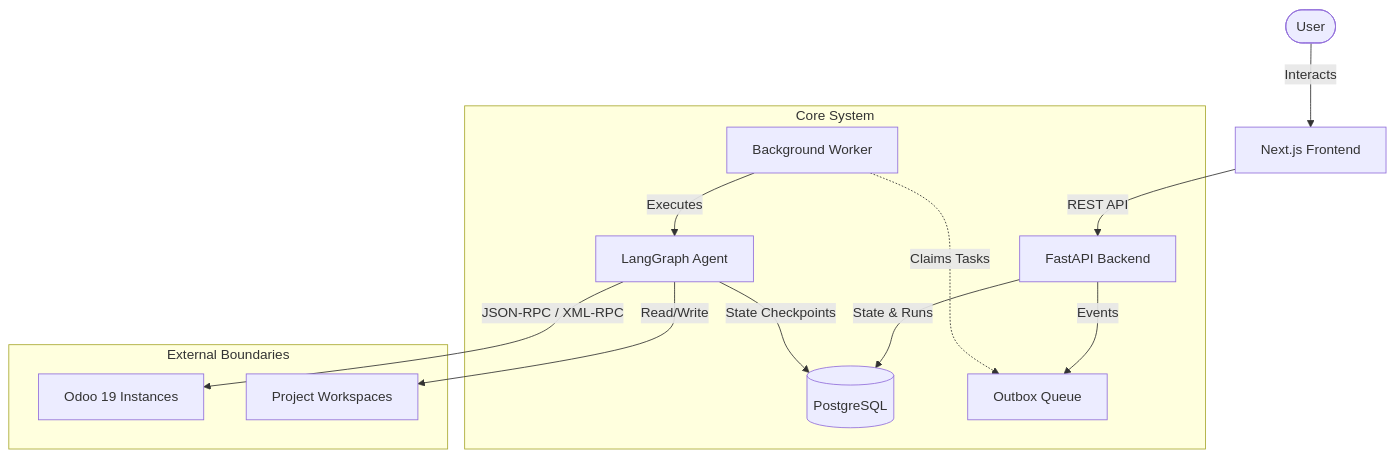
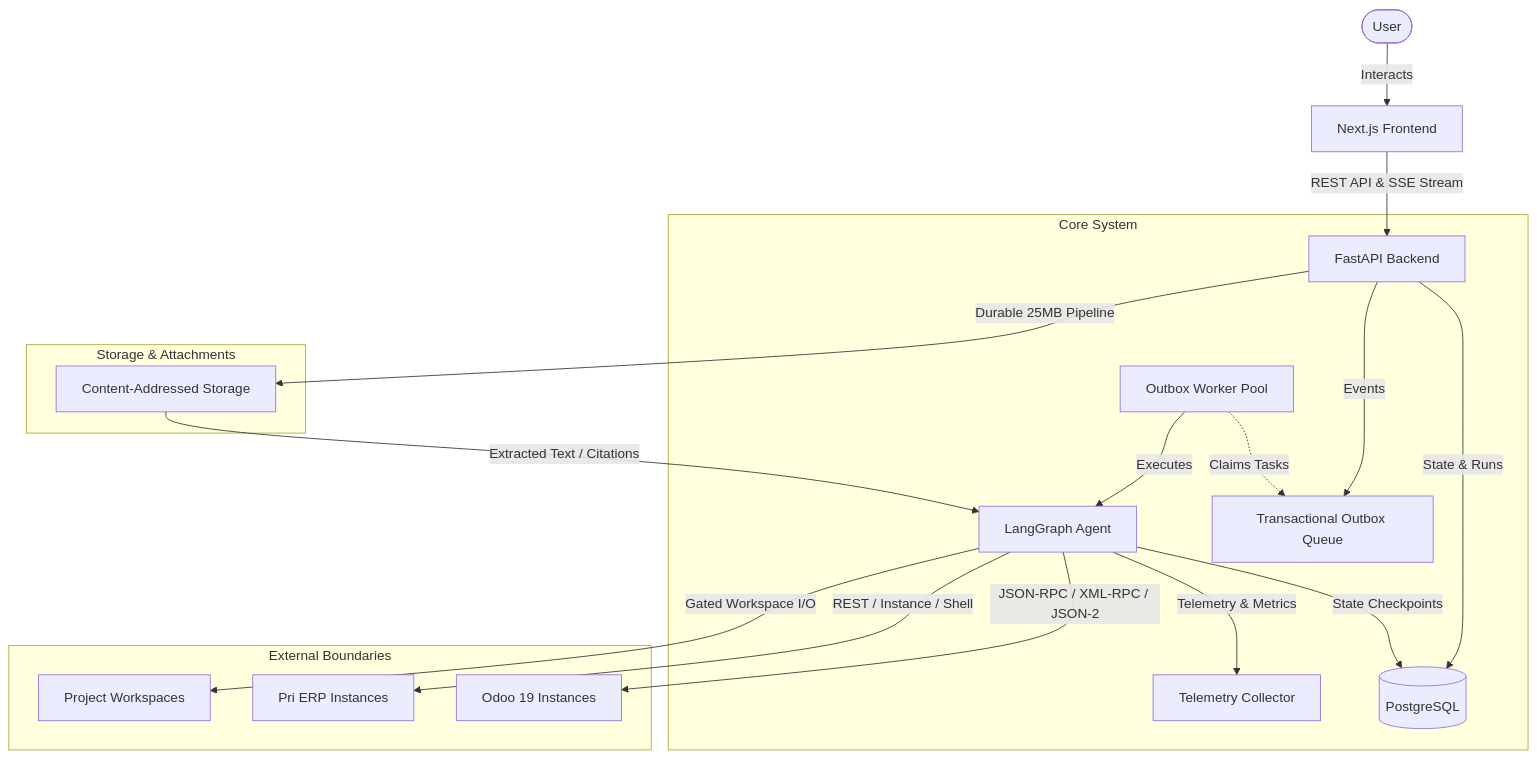
One commit to priai23/pi_development_agent changed the first of 2 diagrams in README.md. Above: the diagram before and after it, drawn with Mermaid. The commit also changed other lines of this file and 2 other files, not shown here.

Commit message:
fix(ci): add test dependencies and env vars, clean migration, and update README

````diff
--- a/README.md
+++ b/README.md
@@ -9,18 +9,25 @@
 ```mermaid
 graph TD
     User([User]) -->|Interacts| UI[Next.js Frontend]
-    UI -->|REST API| API[FastAPI Backend]
+    UI -->|REST API & SSE Stream| API[FastAPI Backend]
     
     subgraph Core System
         API -->|State & Runs| DB[(PostgreSQL)]
-        API -->|Events| Outbox[Outbox Queue]
-        Worker[Background Worker] -.->|Claims Tasks| Outbox
+        API -->|Events| Outbox[Transactional Outbox Queue]
+        Worker[Outbox Worker Pool] -.->|Claims Tasks| Outbox
         Worker -->|Executes| Agent[LangGraph Agent]
         Agent -->|State Checkpoints| DB
+        Agent -->|Telemetry & Metrics| Telemetry[Telemetry Collector]
+    end
+    
+    subgraph Storage & Attachments
+        API -->|Durable 25MB Pipeline| Attachments[Content-Addressed Storage]
+        Attachments -->|Extracted Text / Citations| Agent
     end
     
     subgraph External Boundaries
-        Agent -->|JSON-RPC / XML-RPC| Odoo[Odoo 19 Instances]
-        Agent -->|Read/Write| FS[Project Workspaces]
+        Agent -->|JSON-RPC / XML-RPC / JSON-2| Odoo[Odoo 19 Instances]
+        Agent -->|REST / Instance / Shell| PriERP[Pri ERP Instances]
+        Agent -->|Gated Workspace I/O| FS[Project Workspaces]
     end
 ```
````
